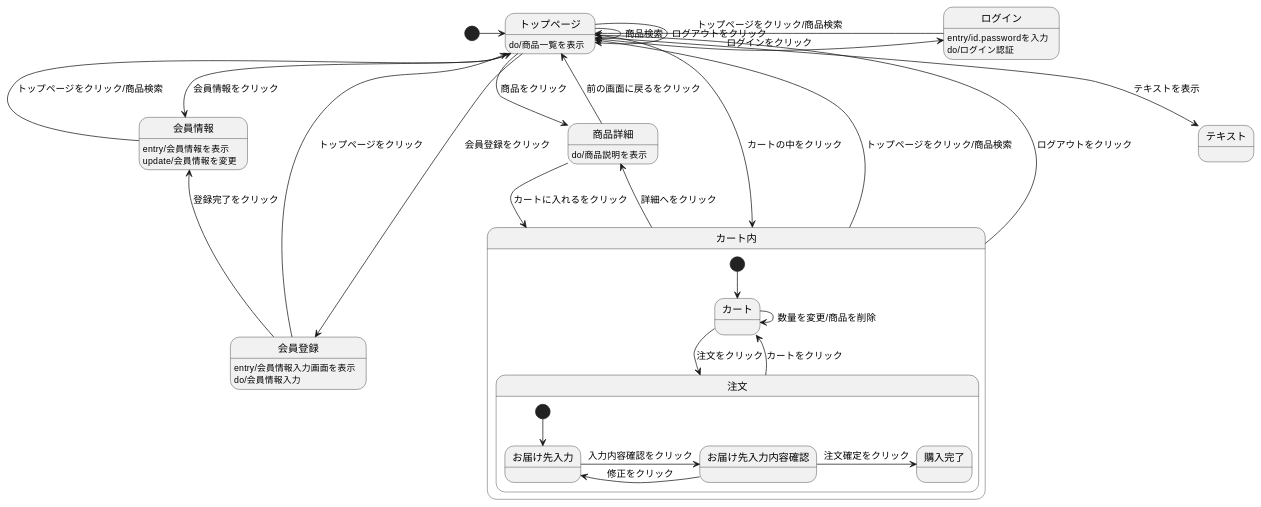
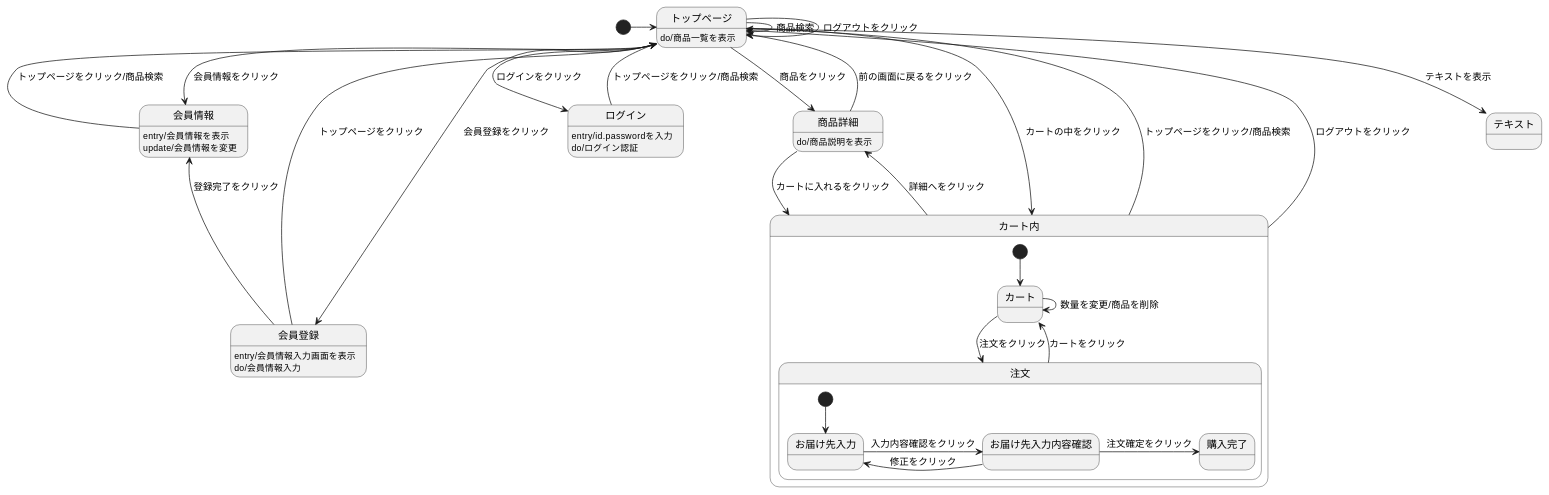
One commit to Aso2001007/System4 changed the diagram in 03_画面遷移図/画面遷移図.md. Above: the diagram before and after it, drawn with PlantUML.

````diff
--- a/03_画面遷移図/画面遷移図.md
+++ b/03_画面遷移図/画面遷移図.md
@@ -1,54 +1,54 @@
 ```uml
 
 @startuml
 [*] -> トップページ 
 
 会員登録 -left-> トップページ : トップページをクリック
 会員登録 -up-> 会員情報 :登録完了をクリック
 会員登録 :entry/会員情報入力画面を表示
 会員登録 :do/会員情報入力
 
 会員情報 -left-> トップページ : トップページをクリック/商品検索 
 会員情報 : entry/会員情報を表示
 会員情報 : update/会員情報を変更
 
-ログイン -right-> トップページ : トップページをクリック/商品検索 
+ログイン -up-> トップページ : トップページをクリック/商品検索 
 ログイン : entry/id.passwordを入力 
 ログイン : do/ログイン認証 
 
 トップページ --> 会員登録 : 会員登録をクリック
 トップページ --> 会員情報 : 会員情報をクリック
 トップページ --> トップページ : ログアウトをクリック 
 トップページ -> トップページ : 商品検索 
 トップページ -> 商品詳細 : 商品をクリック 
 トップページ -right-> ログイン : ログインをクリック 
 トップページ --> カート内 : カートの中をクリック 
 トップページ --> テキスト : テキストを表示
 トップページ : do/商品一覧を表示 
 
 商品詳細 --> カート内 : カートに入れるをクリック 
 商品詳細 --> トップページ : 前の画面に戻るをクリック 
 商品詳細 : do/商品説明を表示
 
  
 
 カート内 -up-> トップページ : トップページをクリック/商品検索 
 カート内 -up-> トップページ : ログアウトをクリック 
 カート内 -> 商品詳細 : 詳細へをクリック 
 
 state カート内 { 
   [*] --> カート 
   カート -> 注文 : 注文をクリック 
   カート -> カート : 数量を変更/商品を削除 
   注文 --> カート : カートをクリック 
 
   state 注文 { 
     [*] --> お届け先入力 
     お届け先入力 -> お届け先入力内容確認 : 入力内容確認をクリック 
     お届け先入力内容確認 -> お届け先入力 : 修正をクリック 
     お届け先入力内容確認 -> 購入完了 : 注文確定をクリック 
   } 
 }
 @enduml
 
 ```
````
